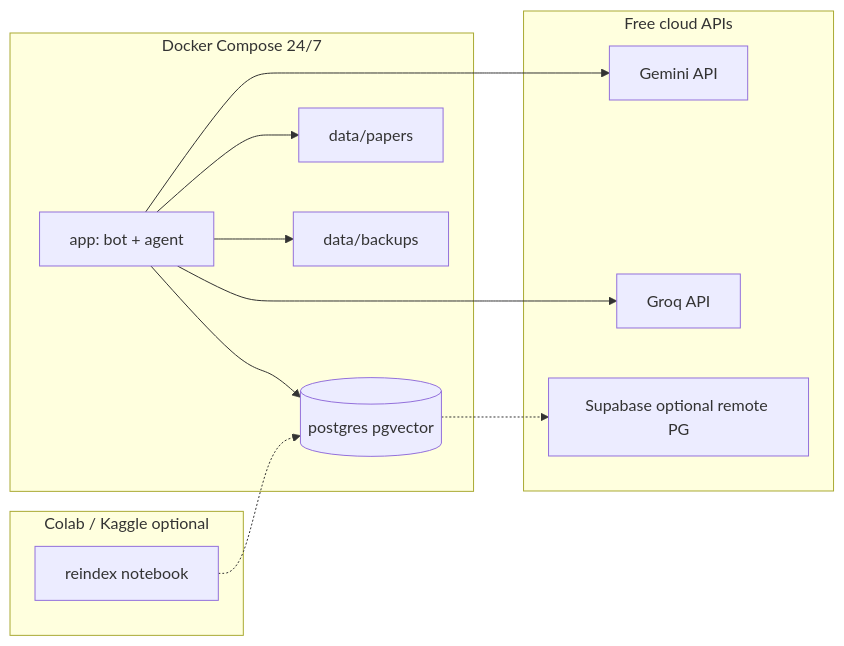
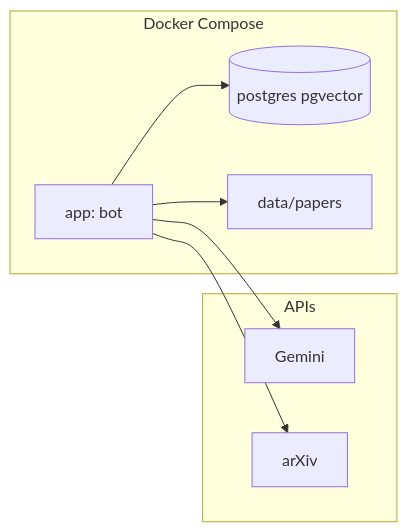
One commit to RamilRamil/Research-helper changed the seventh of 8 diagrams in docs/plan/02-architecture-diagrams.md. Above: the diagram before and after it, drawn with Mermaid. The commit also changed other lines of this file and 107 other files, not shown here.

````diff
--- a/docs/plan/02-architecture-diagrams.md
+++ b/docs/plan/02-architecture-diagrams.md
@@ -216,27 +173,18 @@
 ```mermaid
 flowchart LR
-    subgraph Local["Docker Compose 24/7"]
-        APP[app: bot + agent]
+    subgraph Local["Docker Compose"]
+        APP[app: bot]
         PG[(postgres pgvector)]
         VOL[data/papers]
-        BKP[data/backups]
     end
 
-    subgraph Cloud["Free cloud APIs"]
-        GEM[Gemini API]
-        GRQ[Groq API]
-        SUP[Supabase optional remote PG]
-    end
-
-    subgraph Batch["Colab / Kaggle optional"]
-        NB[reindex notebook]
+    subgraph Cloud["APIs"]
+        GEM[Gemini]
+        ARX[arXiv]
     end
 
     APP --> PG
     APP --> VOL
-    APP --> BKP
     APP --> GEM
-    APP --> GRQ
-    PG -.-> SUP
-    NB -.-> PG
+    APP --> ARX
 ```
````
